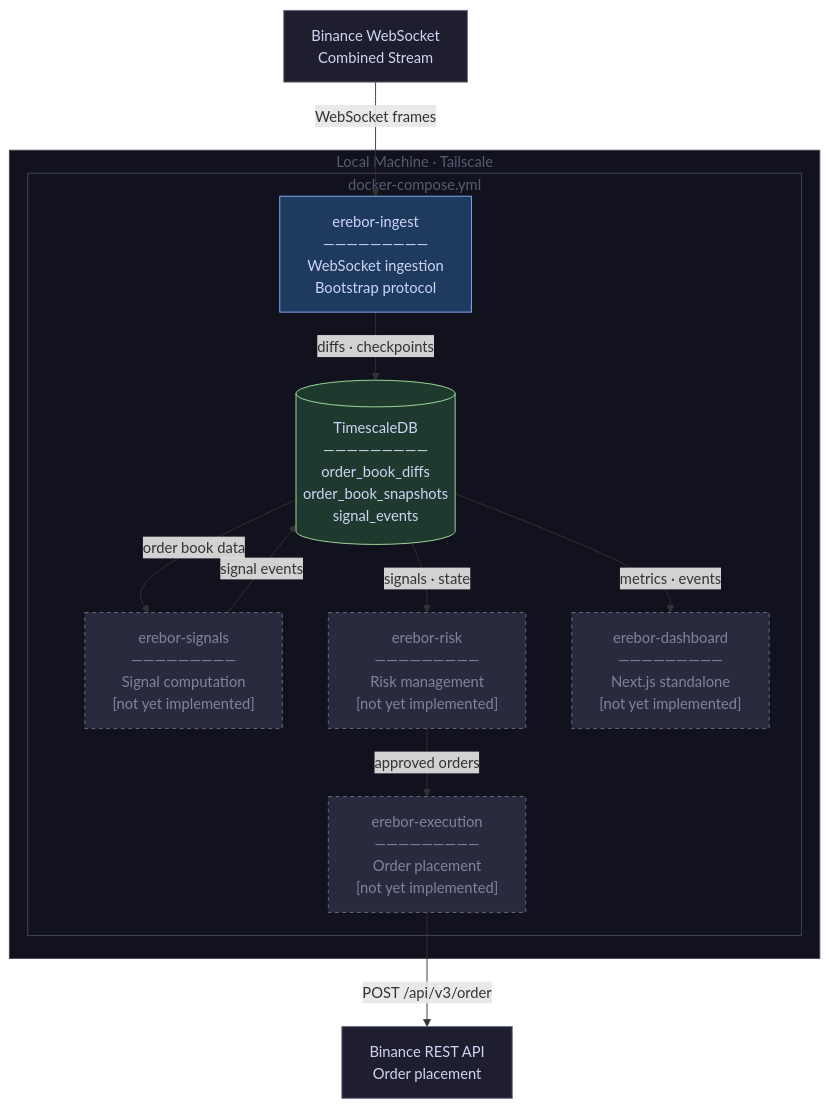
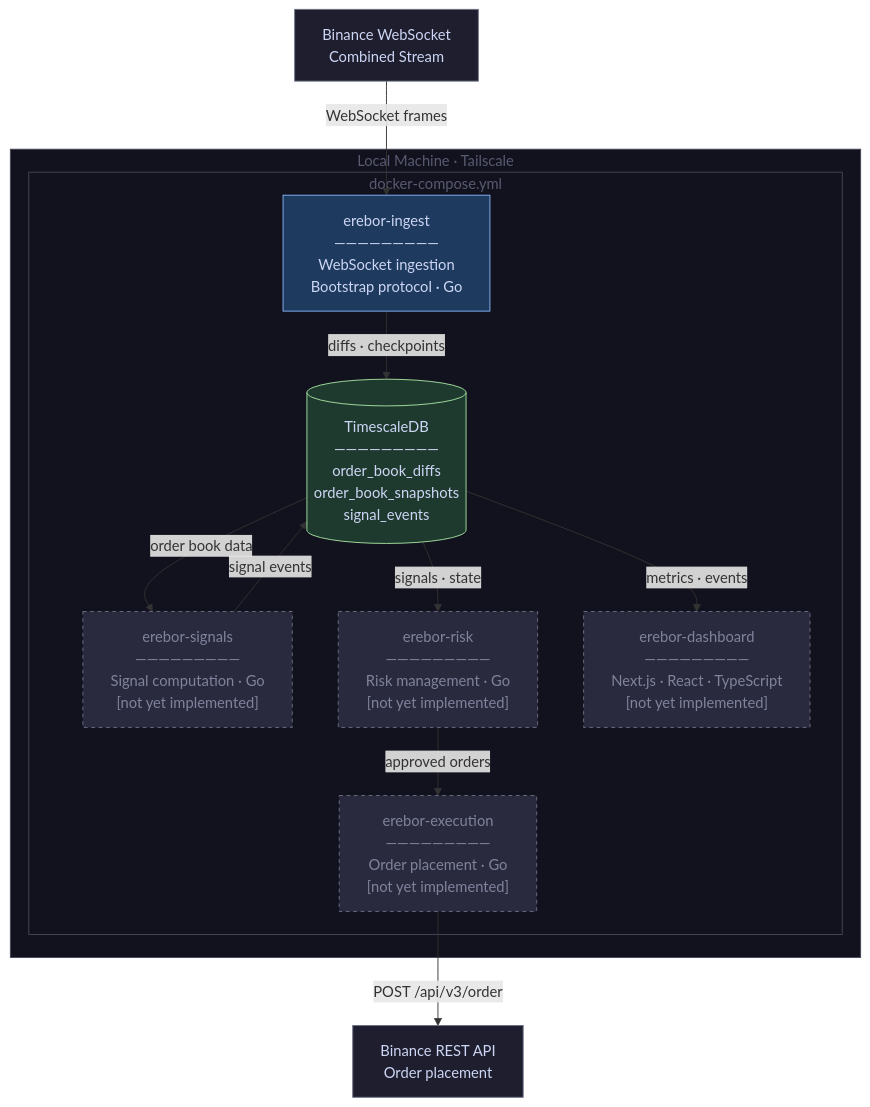
One commit to edwinabot/erebor changed the diagram in adrs/ADR-002-infrastructure/ADR-002-infrastructure.md. Above: the diagram before and after it, drawn with Mermaid. The commit also changed other lines of this file, not shown here.

````diff
--- a/adrs/ADR-002-infrastructure/ADR-002-infrastructure.md
+++ b/adrs/ADR-002-infrastructure/ADR-002-infrastructure.md
@@ -97,37 +97,37 @@
 ```mermaid
 flowchart TD
     WS["Binance WebSocket\nCombined Stream"]
     REST["Binance REST API\nOrder placement"]
 
     subgraph LocalMachine["Local Machine · Tailscale"]
         subgraph Compose["docker-compose.yml"]
-            INGEST["erebor-ingest\n―――――――――\nWebSocket ingestion\nBootstrap protocol"]
-            SIGNALS["erebor-signals\n―――――――――\nSignal computation\n[not yet implemented]"]
-            RISK["erebor-risk\n―――――――――\nRisk management\n[not yet implemented]"]
-            EXEC["erebor-execution\n―――――――――\nOrder placement\n[not yet implemented]"]
-            DASH["erebor-dashboard\n―――――――――\nNext.js standalone\n[not yet implemented]"]
+            INGEST["erebor-ingest\n―――――――――\nWebSocket ingestion\nBootstrap protocol · Go"]
+            SIGNALS["erebor-signals\n―――――――――\nSignal computation · Go\n[not yet implemented]"]
+            RISK["erebor-risk\n―――――――――\nRisk management · Go\n[not yet implemented]"]
+            EXEC["erebor-execution\n―――――――――\nOrder placement · Go\n[not yet implemented]"]
+            DASH["erebor-dashboard\n―――――――――\nNext.js · React · TypeScript\n[not yet implemented]"]
             DB[("TimescaleDB\n―――――――――\norder_book_diffs\norder_book_snapshots\nsignal_events")]
         end
     end
 
     WS -->|"WebSocket frames"| INGEST
     INGEST -->|"diffs · checkpoints"| DB
     DB -->|"order book data"| SIGNALS
     SIGNALS -->|"signal events"| DB
     DB -->|"signals · state"| RISK
     RISK -->|"approved orders"| EXEC
     EXEC -->|"POST /api/v3/order"| REST
     DB -->|"metrics · events"| DASH
 
     classDef external fill:#1e1e2e,stroke:#6c7086,color:#cdd6f4
     classDef component fill:#1e3a5f,stroke:#89b4fa,color:#cdd6f4
     classDef pending fill:#2a2a3e,stroke:#6c7086,color:#7f849c,stroke-dasharray:4 4
     classDef store fill:#1e3a2f,stroke:#a6e3a1,color:#cdd6f4
     classDef boundary fill:#12121e,stroke:#45475a,color:#585b70
 
     class WS,REST external
     class INGEST component
     class SIGNALS,RISK,EXEC,DASH pending
     class DB store
     class LocalMachine,Compose boundary
 ```
````
